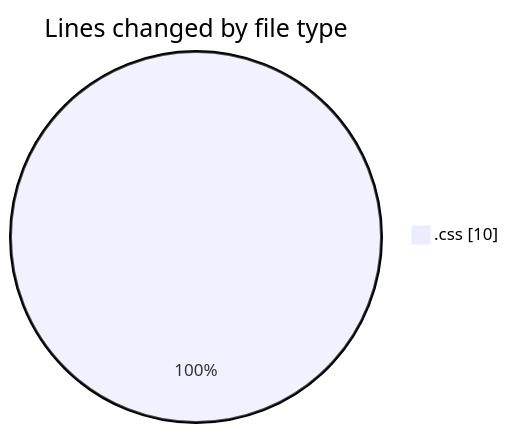
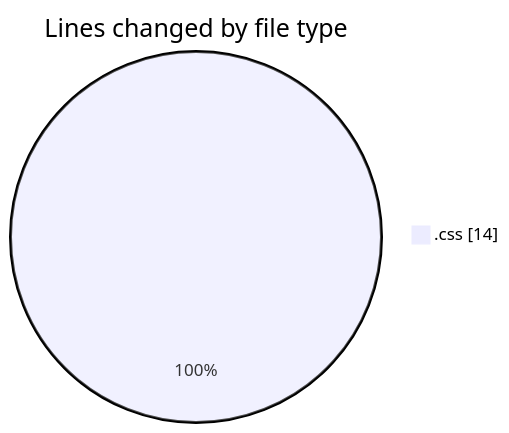
One commit to igalym/code-tracking changed the first of 2 diagrams in 2026-01-06/budget_front_nest/README.md. Above: the diagram before and after it, drawn with Mermaid. The commit also changed other lines of this file and 1 other file, not shown here.

````diff
--- a/2026-01-06/budget_front_nest/README.md
+++ b/2026-01-06/budget_front_nest/README.md
@@ -20,5 +20,5 @@
 ```mermaid
 pie showData
 title Lines changed by file type
-".css" : 10
+".css" : 14
 ```
````
